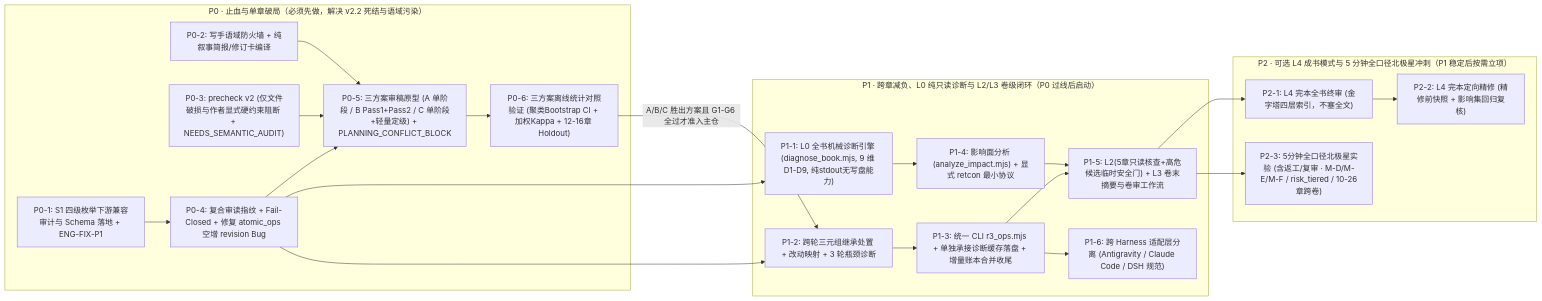
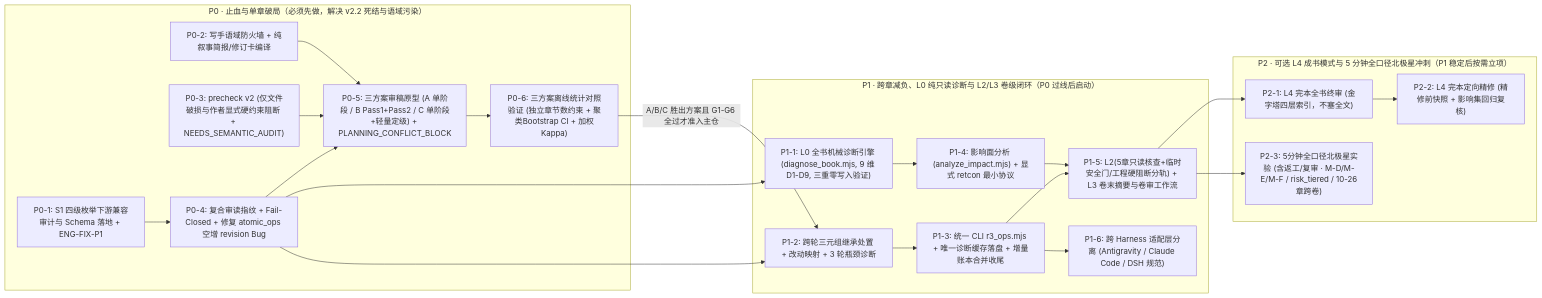
The diagram in docs/r3/review-v3/07-P0-P1-P2开发任务与依赖关系.md (chindden/chinese-novelist-skill), drawn with Mermaid before and after one commit. The commit also changed other lines of this file and 10 other files, not shown here.

````diff
--- a/docs/r3/review-v3/07-P0-P1-P2开发任务与依赖关系.md
+++ b/docs/r3/review-v3/07-P0-P1-P2开发任务与依赖关系.md
@@ -11,38 +11,38 @@
 ```mermaid
 flowchart LR
     subgraph P0["P0 · 止血与单章破局（必须先做，解决 v2.2 死结与语域污染）"]
         P0_1["P0-1: S1 四级枚举下游兼容审计与 Schema 落地 + ENG-FIX-P1"]
         P0_2["P0-2: 写手语域防火墙 + 纯叙事简报/修订卡编译"]
         P0_3["P0-3: precheck v2 (仅文件破损与作者显式硬约束阻断 + NEEDS_SEMANTIC_AUDIT)"]
         P0_4["P0-4: 复合审读指纹 + Fail-Closed + 修复 atomic_ops 空增 revision Bug"]
         P0_5["P0-5: 三方案审稿原型 (A 单阶段 / B Pass1+Pass2 / C 单阶段+轻量定级) + PLANNING_CONFLICT_BLOCK"]
-        P0_6["P0-6: 三方案离线统计对照验证 (聚类Bootstrap CI + 加权Kappa + 12-16章 Holdout)"]
+        P0_6["P0-6: 三方案离线统计对照验证 (独立章节数约束 + 聚类Bootstrap CI + 加权Kappa)"]
     end
 
     subgraph P1["P1 · 跨章减负、L0 纯只读诊断与 L2/L3 卷级闭环（P0 过线后启动）"]
-        P1_1["P1-1: L0 全书机械诊断引擎 (diagnose_book.mjs, 9 维 D1-D9, 纯stdout无写盘能力)"]
+        P1_1["P1-1: L0 全书机械诊断引擎 (diagnose_book.mjs, 9 维 D1-D9, 三重零写入验证)"]
         P1_2["P1-2: 跨轮三元组继承处置 + 改动映射 + 3 轮瓶颈诊断"]
-        P1_3["P1-3: 统一 CLI r3_ops.mjs + 单独承接诊断缓存落盘 + 增量账本合并收尾"]
+        P1_3["P1-3: 统一 CLI r3_ops.mjs + 唯一诊断缓存落盘 + 增量账本合并收尾"]
         P1_4["P1-4: 影响面分析 (analyze_impact.mjs) + 显式 retcon 最小协议"]
-        P1_5["P1-5: L2(5章只读核查+高危候选临时安全门) + L3 卷末摘要与卷审工作流"]
+        P1_5["P1-5: L2(5章只读核查+临时安全门/工程硬阻断分轨) + L3 卷末摘要与卷审工作流"]
         P1_6["P1-6: 跨 Harness 适配层分离 (Antigravity / Claude Code / DSH 规范)"]
     end
 
     subgraph P2["P2 · 可选 L4 成书模式与 5 分钟全口径北极星冲刺（P1 稳定后按需立项）"]
         P2_1["P2-1: L4 完本全书终审 (金字塔四层索引，不塞全文)"]
         P2_2["P2-2: L4 完本定向精修 (精修前快照 + 影响集回归复核)"]
         P2_3["P2-3: 5分钟全口径北极星实验 (含返工/复审 · M-D/M-E/M-F / risk_tiered / 10-26章跨卷)"]
     end
 
     P0_1 --> P0_4 --> P0_5
     P0_3 --> P0_5 --> P0_6
     P0_2 --> P0_5
     P0_6 -->|"A/B/C 胜出方案且 G1-G6 全过才准入主仓"| P1_2
     P0_4 --> P1_1
     P0_4 --> P1_2 --> P1_3
     P1_1 --> P1_4 --> P1_5
     P1_3 --> P1_5
     P1_3 --> P1_6
     P1_5 --> P2_1 --> P2_2
     P1_5 --> P2_3
 ```
````
